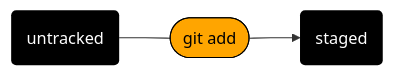
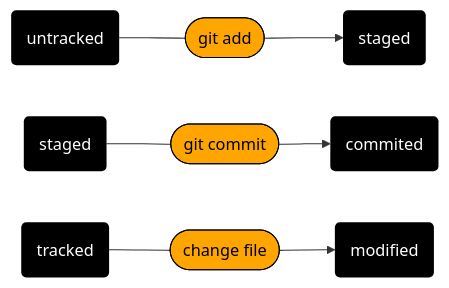
Before and after one commit to Botalchik/Second-project: the second of 3 diagrams in README.md, drawn with Mermaid.

Commit message:
Создать гайд по Git: добавлены разделы Статусы в Git, подсказки; фикс формата

````diff
--- a/README.md
+++ b/README.md
@@ -69,7 +69,9 @@
 ```mermaid
 flowchart LR
 classDef class1 fill:#000000,stroke:#000000,stroke-width:0px,color:#fff
 classDef class2 fill:#ffa500,stroke:#000000,stroke-width:1px,color:#000000
 classDef class3 fill:#0000ff,stroke:#000000,stroke-width:0px,color:#000000
 A(untracked):::class1---B([git add]):::class2-->C(staged):::class1
+D(staged):::class1---E([git commit]):::class2-->F(commited):::class1
+G(tracked):::class1---H([change file]):::class2-->I(modified):::class1
 ```
````
